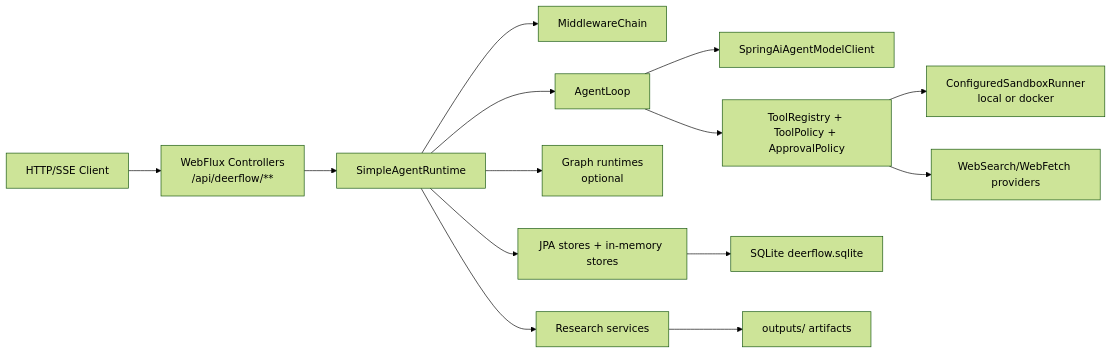
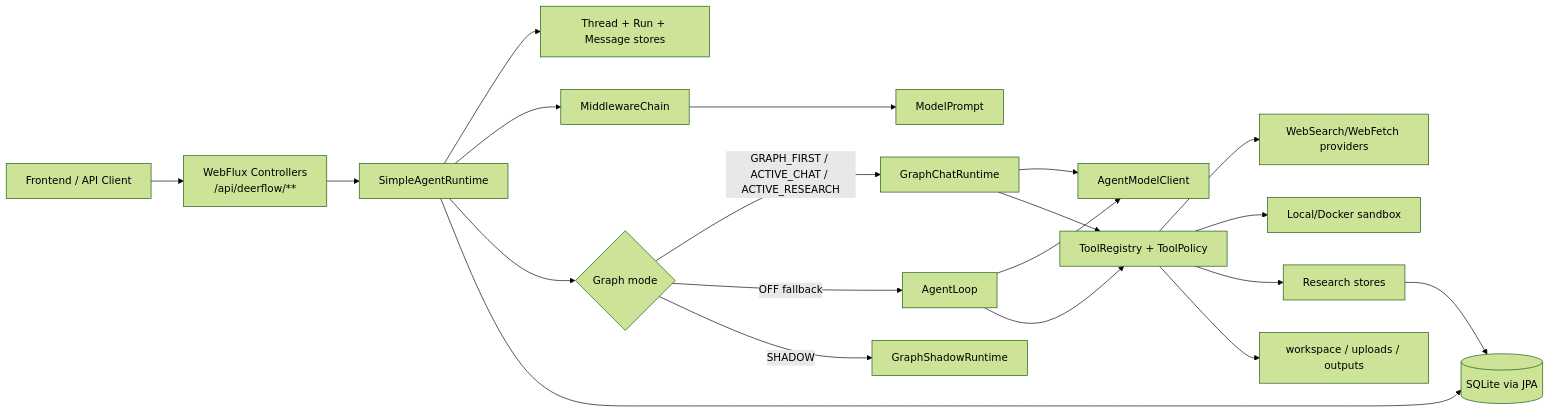
The diagram in deerflow/docs/architecture.md (AarenWang/haifa-ai-deerflow), drawn with Mermaid (forest theme) before and after one commit. The commit also changed other lines of this file and 15 other files, not shown here.

````diff
--- a/deerflow/docs/architecture.md
+++ b/deerflow/docs/architecture.md
@@ -20,16 +21,22 @@
 ```mermaid
 flowchart LR
-    Client["HTTP/SSE Client"] --> Web["WebFlux Controllers<br/>/api/deerflow/**"]
-    Web --> Runtime["SimpleAgentRuntime"]
-    Runtime --> Middleware["MiddlewareChain"]
-    Runtime --> Loop["AgentLoop"]
-    Runtime --> Graph["Graph runtimes<br/>optional"]
-    Loop --> Model["SpringAiAgentModelClient"]
-    Loop --> Tools["ToolRegistry + ToolPolicy + ApprovalPolicy"]
-    Tools --> Sandbox["ConfiguredSandboxRunner<br/>local or docker"]
-    Tools --> Providers["WebSearch/WebFetch providers"]
-    Runtime --> Research["Research services"]
-    Runtime --> Stores["JPA stores + in-memory stores"]
-    Stores --> SQLite["SQLite deerflow.sqlite"]
-    Research --> Artifacts["outputs/ artifacts"]
+    Client[Frontend / API Client] --> Web[WebFlux Controllers\n/api/deerflow/**]
+    Web --> Runtime[SimpleAgentRuntime]
+    Runtime --> ThreadRun[Thread + Run + Message stores]
+    Runtime --> Middleware[MiddlewareChain]
+    Runtime --> Route{Graph mode}
+    Route -->|GRAPH_FIRST / ACTIVE_CHAT / ACTIVE_RESEARCH| ChatGraph[GraphChatRuntime]
+    Route -->|OFF fallback| AgentLoop[AgentLoop]
+    Route -->|SHADOW| Shadow[GraphShadowRuntime]
+    Middleware --> Prompt[ModelPrompt]
+    ChatGraph --> Model[AgentModelClient]
+    AgentLoop --> Model
+    ChatGraph --> Tools[ToolRegistry + ToolPolicy]
+    AgentLoop --> Tools
+    Tools --> Providers[WebSearch/WebFetch providers]
+    Tools --> Sandbox[Local/Docker sandbox]
+    Tools --> ResearchStores[Research stores]
+    Runtime --> SQLite[(SQLite via JPA)]
+    ResearchStores --> SQLite
+    Tools --> Files[workspace / uploads / outputs]
 ```
````
